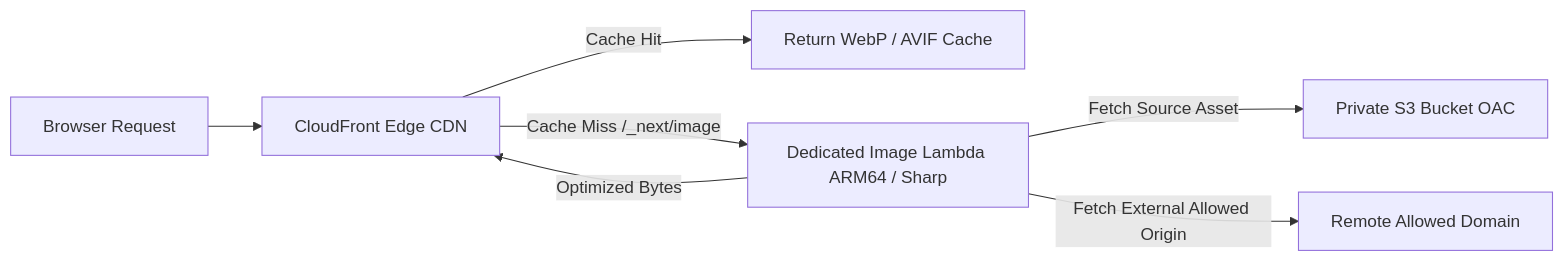
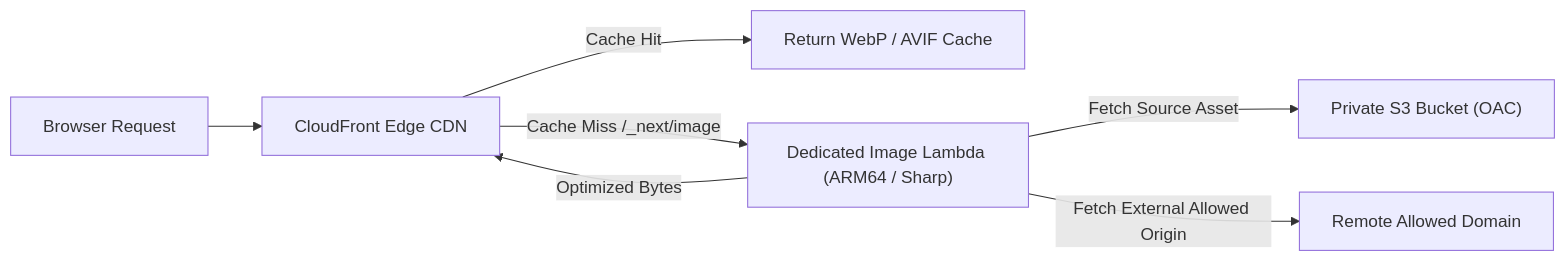
Before and after one commit to aynaash/NextDeploy: the diagram in frontend/content/docs/aws/image-optimization.md, drawn with Mermaid. The commit also changed 53 other files, not shown here.

First line of the commit message:
feat(frontend): redesign responsive landing page, fix docs diagrams and KV guard config

````diff
--- a/frontend/content/docs/aws/image-optimization.md
+++ b/frontend/content/docs/aws/image-optimization.md
@@ -21,9 +21,9 @@
 ```mermaid
 flowchart LR
-    Browser[Browser Request] --> CF[CloudFront Edge CDN]
-    CF -->|Cache Hit| EdgeCache[Return WebP / AVIF Cache]
-    CF -->|Cache Miss /_next/image| ImgLambda[Dedicated Image Lambda ARM64 / Sharp]
-    ImgLambda -->|Fetch Source Asset| S3[Private S3 Bucket OAC]
-    ImgLambda -->|Fetch External Allowed Origin| Ext[Remote Allowed Domain]
-    ImgLambda -->|Optimized Bytes| CF
+    Browser["Browser Request"] --> CF["CloudFront Edge CDN"]
+    CF -->|"Cache Hit"| EdgeCache["Return WebP / AVIF Cache"]
+    CF -->|"Cache Miss /_next/image"| ImgLambda["Dedicated Image Lambda (ARM64 / Sharp)"]
+    ImgLambda -->|"Fetch Source Asset"| S3["Private S3 Bucket (OAC)"]
+    ImgLambda -->|"Fetch External Allowed Origin"| Ext["Remote Allowed Domain"]
+    ImgLambda -->|"Optimized Bytes"| CF
 ```
````
